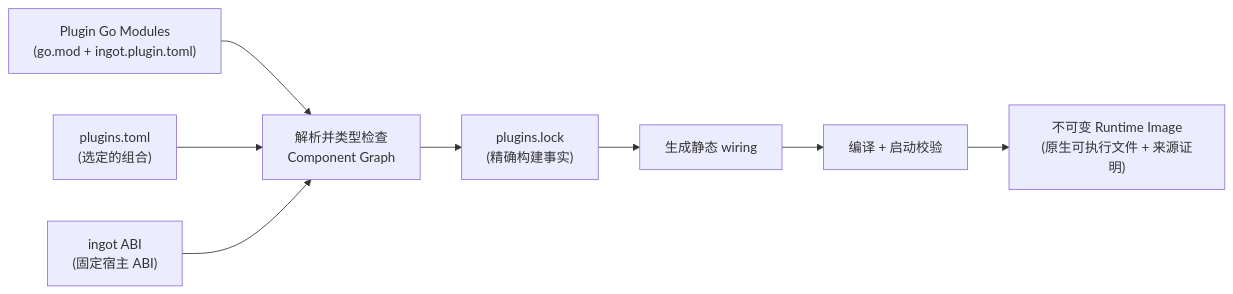
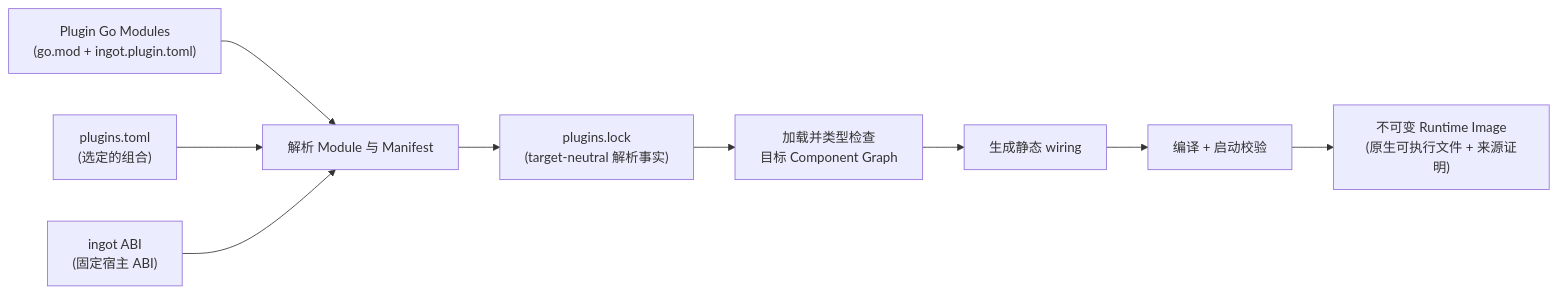
Before and after one commit to ingot-agent/ingot: the diagram in docs/README.zh.md, drawn with Mermaid. The commit also changed other lines of this file and 42 other files, not shown here.

````diff
--- a/docs/README.zh.md
+++ b/docs/README.zh.md
@@ -99,10 +112,11 @@
 ```mermaid
 flowchart LR
     Plugins["Plugin Go Modules<br/>(go.mod + ingot.plugin.toml)"] --> Resolve
     Desired["plugins.toml<br/>(选定的组合)"] --> Resolve
     IngotABI["ingot ABI<br/>(固定宿主 ABI)"] --> Resolve
-    Resolve["解析并类型检查<br/>Component Graph"] --> Lock["plugins.lock<br/>(精确构建事实)"]
-    Lock --> Generate["生成静态 wiring"]
+    Resolve["解析 Module 与 Manifest"] --> Lock["plugins.lock<br/>(target-neutral 解析事实)"]
+    Lock --> Graph["加载并类型检查<br/>目标 Component Graph"]
+    Graph --> Generate["生成静态 wiring"]
     Generate --> Compile["编译 + 启动校验"]
     Compile --> Image["不可变 Runtime Image<br/>(原生可执行文件 + 来源证明)"]
 ```
````
